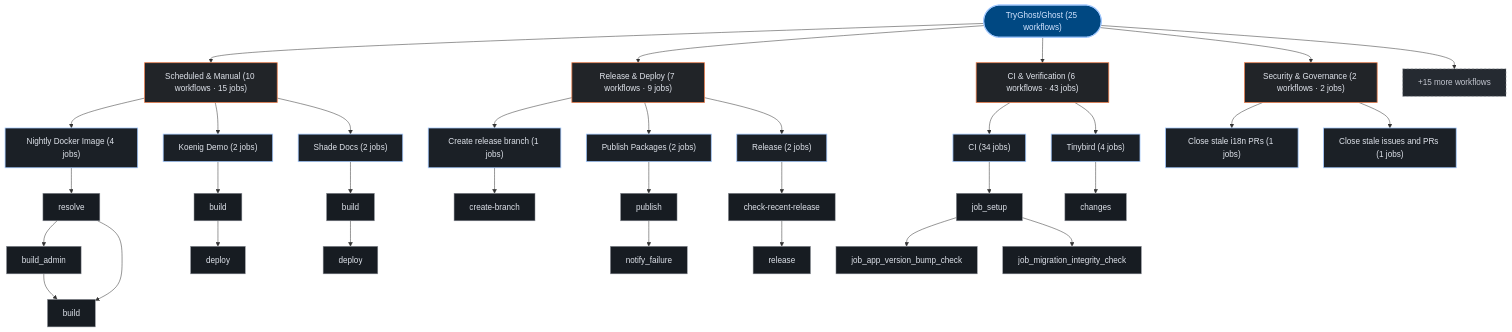
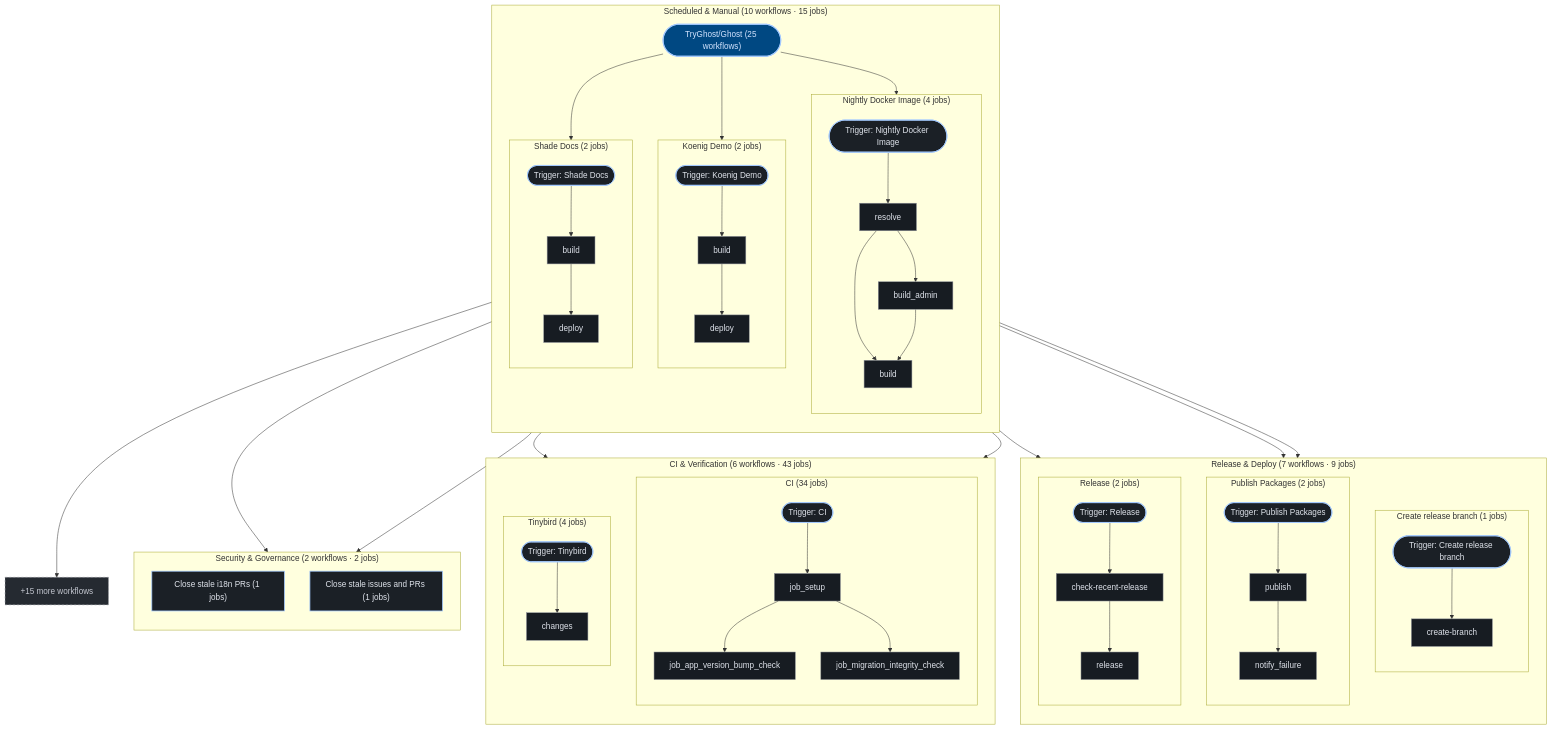
Before and after one commit to kumarshaz/atruss-code-atlas: the third of 3 diagrams in exports/latest/reports/TryGhost-Ghost-report.md, drawn with Mermaid. The commit also changed 181 other files, not shown here.

````diff
--- a/exports/latest/reports/TryGhost-Ghost-report.md
+++ b/exports/latest/reports/TryGhost-Ghost-report.md
@@ -739,67 +739,95 @@
   classDef atlasAlert fill:#93000a,stroke:#ffb4ab,stroke-width:1.5px,color:#ffdad6
   classDef atlasMore fill:#252a31,stroke:#8d9199,stroke-dasharray:4 4,color:#c3c6cf
   pipeline_root(["TryGhost/Ghost (25 workflows)"]):::atlasRoot
-  grp_0_Scheduled___Manual["Scheduled & Manual (10 workflows · 15 jobs)"]:::atlasCategory
-  pipeline_root --> grp_0_Scheduled___Manual
-  wf_5_Nightly_Docker_Image["Nightly Docker Image (4 jobs)"]:::atlasWorkflow
-  grp_0_Scheduled___Manual --> wf_5_Nightly_Docker_Image
-  job_5_resolve["resolve"]:::atlasJob
-  job_5_build_admin["build_admin"]:::atlasJob
-  job_5_build["build"]:::atlasJob
-  wf_5_Nightly_Docker_Image --> job_5_resolve
-  job_5_resolve --> job_5_build_admin
-  job_5_resolve --> job_5_build
-  job_5_build_admin --> job_5_build
-  wf_9_Koenig_Demo["Koenig Demo (2 jobs)"]:::atlasWorkflow
-  grp_0_Scheduled___Manual --> wf_9_Koenig_Demo
-  job_9_build["build"]:::atlasJob
-  job_9_deploy["deploy"]:::atlasJob
-  wf_9_Koenig_Demo --> job_9_build
-  job_9_build --> job_9_deploy
-  wf_17_Shade_Docs["Shade Docs (2 jobs)"]:::atlasWorkflow
-  grp_0_Scheduled___Manual --> wf_17_Shade_Docs
-  job_17_build["build"]:::atlasJob
-  job_17_deploy["deploy"]:::atlasJob
-  wf_17_Shade_Docs --> job_17_build
-  job_17_build --> job_17_deploy
-  grp_1_Release___Deploy["Release & Deploy (7 workflows · 9 jobs)"]:::atlasCategory
-  pipeline_root --> grp_1_Release___Deploy
-  wf_3_Create_release_branch["Create release branch (1 jobs)"]:::atlasWorkflow
-  grp_1_Release___Deploy --> wf_3_Create_release_branch
-  job_3_create_branch["create-branch"]:::atlasJob
-  wf_3_Create_release_branch --> job_3_create_branch
-  wf_13_Publish_Packages["Publish Packages (2 jobs)"]:::atlasWorkflow
-  grp_1_Release___Deploy --> wf_13_Publish_Packages
-  job_13_publish["publish"]:::atlasJob
-  job_13_notify_failure["notify_failure"]:::atlasJob
-  wf_13_Publish_Packages --> job_13_publish
-  job_13_publish --> job_13_notify_failure
-  wf_15_Release["Release (2 jobs)"]:::atlasWorkflow
-  grp_1_Release___Deploy --> wf_15_Release
-  job_15_check_recent_release["check-recent-release"]:::atlasJob
-  job_15_release["release"]:::atlasJob
-  wf_15_Release --> job_15_check_recent_release
-  job_15_check_recent_release --> job_15_release
-  grp_2_CI___Verification["CI & Verification (6 workflows · 43 jobs)"]:::atlasCategory
-  pipeline_root --> grp_2_CI___Verification
-  wf_0_CI["CI (34 jobs)"]:::atlasWorkflow
-  grp_2_CI___Verification --> wf_0_CI
-  job_0_job_setup["job_setup"]:::atlasJob
-  job_0_job_app_version_bump_check["job_app_version_bump_check"]:::atlasJob
-  job_0_job_migration_integrity_check["job_migration_integrity_check"]:::atlasJob
-  wf_0_CI --> job_0_job_setup
-  job_0_job_setup --> job_0_job_app_version_bump_check
-  job_0_job_setup --> job_0_job_migration_integrity_check
-  wf_21_Tinybird["Tinybird (4 jobs)"]:::atlasWorkflow
-  grp_2_CI___Verification --> wf_21_Tinybird
-  job_21_changes["changes"]:::atlasJob
-  wf_21_Tinybird --> job_21_changes
-  grp_3_Security___Governance["Security & Governance (2 workflows · 2 jobs)"]:::atlasCategory
-  pipeline_root --> grp_3_Security___Governance
-  wf_18_Close_stale_i18n_PRs["Close stale i18n PRs (1 jobs)"]:::atlasWorkflow
-  grp_3_Security___Governance --> wf_18_Close_stale_i18n_PRs
-  wf_19_Close_stale_issues_and_PRs["Close stale issues and PRs (1 jobs)"]:::atlasWorkflow
-  grp_3_Security___Governance --> wf_19_Close_stale_issues_and_PRs
+  subgraph sg_grp_0_Scheduled___Manual["Scheduled & Manual (10 workflows · 15 jobs)"]
+    direction TB
+    subgraph sg_wf_5_Nightly_Docker_Image["Nightly Docker Image (4 jobs)"]
+      direction TB
+      wf_5_Nightly_Docker_Image(["Trigger: Nightly Docker Image"]):::atlasWorkflow
+      job_5_resolve["resolve"]:::atlasJob
+      job_5_build_admin["build_admin"]:::atlasJob
+      job_5_build["build"]:::atlasJob
+      wf_5_Nightly_Docker_Image --> job_5_resolve
+      job_5_resolve --> job_5_build_admin
+      job_5_resolve --> job_5_build
+      job_5_build_admin --> job_5_build
+    end
+    pipeline_root --> wf_5_Nightly_Docker_Image
+    subgraph sg_wf_9_Koenig_Demo["Koenig Demo (2 jobs)"]
+      direction TB
+      wf_9_Koenig_Demo(["Trigger: Koenig Demo"]):::atlasWorkflow
+      job_9_build["build"]:::atlasJob
+      job_9_deploy["deploy"]:::atlasJob
+      wf_9_Koenig_Demo --> job_9_build
+      job_9_build --> job_9_deploy
+    end
+    pipeline_root --> wf_9_Koenig_Demo
+    subgraph sg_wf_17_Shade_Docs["Shade Docs (2 jobs)"]
+      direction TB
+      wf_17_Shade_Docs(["Trigger: Shade Docs"]):::atlasWorkflow
+      job_17_build["build"]:::atlasJob
+      job_17_deploy["deploy"]:::atlasJob
+      wf_17_Shade_Docs --> job_17_build
+      job_17_build --> job_17_deploy
+    end
+    pipeline_root --> wf_17_Shade_Docs
+  end
+  subgraph sg_grp_1_Release___Deploy["Release & Deploy (7 workflows · 9 jobs)"]
+    direction TB
+    subgraph sg_wf_3_Create_release_branch["Create release branch (1 jobs)"]
+      direction TB
+      wf_3_Create_release_branch(["Trigger: Create release branch"]):::atlasWorkflow
+      job_3_create_branch["create-branch"]:::atlasJob
+      wf_3_Create_release_branch --> job_3_create_branch
+    end
+    pipeline_root --> wf_3_Create_release_branch
+    subgraph sg_wf_13_Publish_Packages["Publish Packages (2 jobs)"]
+      direction TB
+      wf_13_Publish_Packages(["Trigger: Publish Packages"]):::atlasWorkflow
+      job_13_publish["publish"]:::atlasJob
+      job_13_notify_failure["notify_failure"]:::atlasJob
+      wf_13_Publish_Packages --> job_13_publish
+      job_13_publish --> job_13_notify_failure
+    end
+    pipeline_root --> wf_13_Publish_Packages
+    subgraph sg_wf_15_Release["Release (2 jobs)"]
+      direction TB
+      wf_15_Release(["Trigger: Release"]):::atlasWorkflow
+      job_15_check_recent_release["check-recent-release"]:::atlasJob
+      job_15_release["release"]:::atlasJob
+      wf_15_Release --> job_15_check_recent_release
+      job_15_check_recent_release --> job_15_release
+    end
+    pipeline_root --> wf_15_Release
+  end
+  subgraph sg_grp_2_CI___Verification["CI & Verification (6 workflows · 43 jobs)"]
+    direction TB
+    subgraph sg_wf_0_CI["CI (34 jobs)"]
+      direction TB
+      wf_0_CI(["Trigger: CI"]):::atlasWorkflow
+      job_0_job_setup["job_setup"]:::atlasJob
+      job_0_job_app_version_bump_check["job_app_version_bump_check"]:::atlasJob
+      job_0_job_migration_integrity_check["job_migration_integrity_check"]:::atlasJob
+      wf_0_CI --> job_0_job_setup
+      job_0_job_setup --> job_0_job_app_version_bump_check
+      job_0_job_setup --> job_0_job_migration_integrity_check
+    end
+    pipeline_root --> wf_0_CI
+    subgraph sg_wf_21_Tinybird["Tinybird (4 jobs)"]
+      direction TB
+      wf_21_Tinybird(["Trigger: Tinybird"]):::atlasWorkflow
+      job_21_changes["changes"]:::atlasJob
+      wf_21_Tinybird --> job_21_changes
+    end
+    pipeline_root --> wf_21_Tinybird
+  end
+  subgraph sg_grp_3_Security___Governance["Security & Governance (2 workflows · 2 jobs)"]
+    direction TB
+    wf_18_Close_stale_i18n_PRs["Close stale i18n PRs (1 jobs)"]:::atlasWorkflow
+    pipeline_root --> wf_18_Close_stale_i18n_PRs
+    wf_19_Close_stale_issues_and_PRs["Close stale issues and PRs (1 jobs)"]:::atlasWorkflow
+    pipeline_root --> wf_19_Close_stale_issues_and_PRs
+  end
   wf_more["+15 more workflows"]:::atlasMore
   pipeline_root --> wf_more
 ```
````
